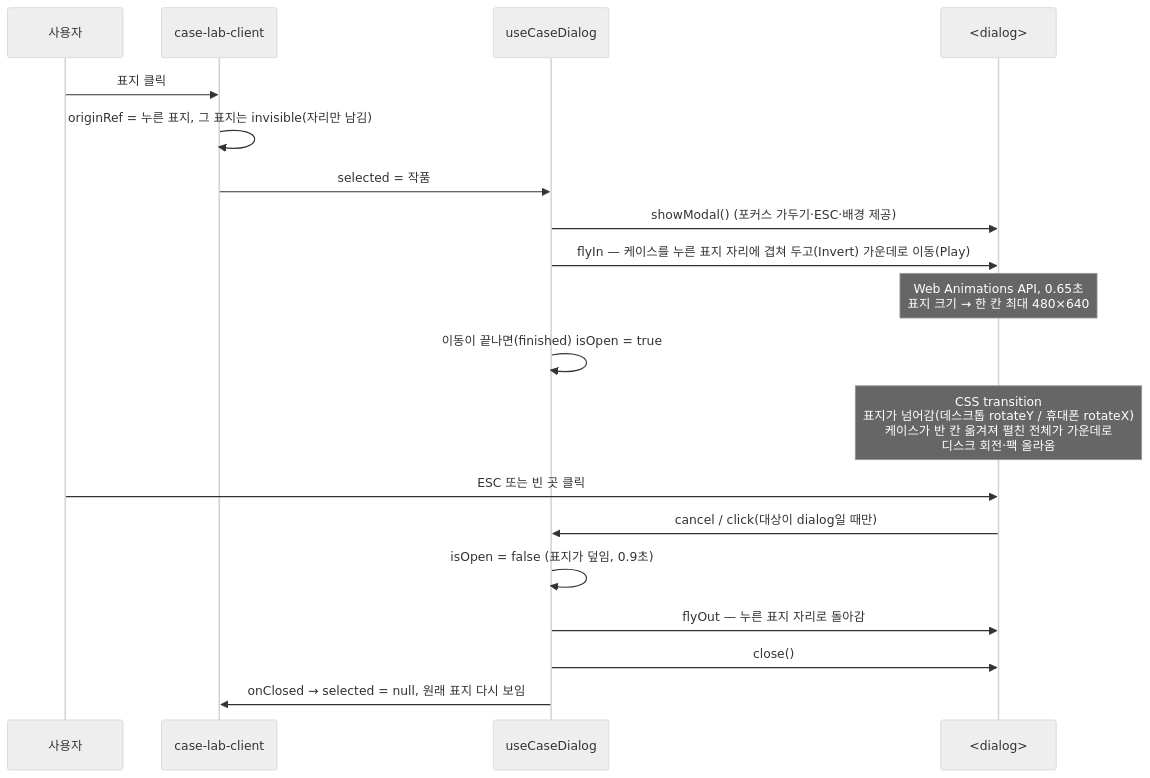
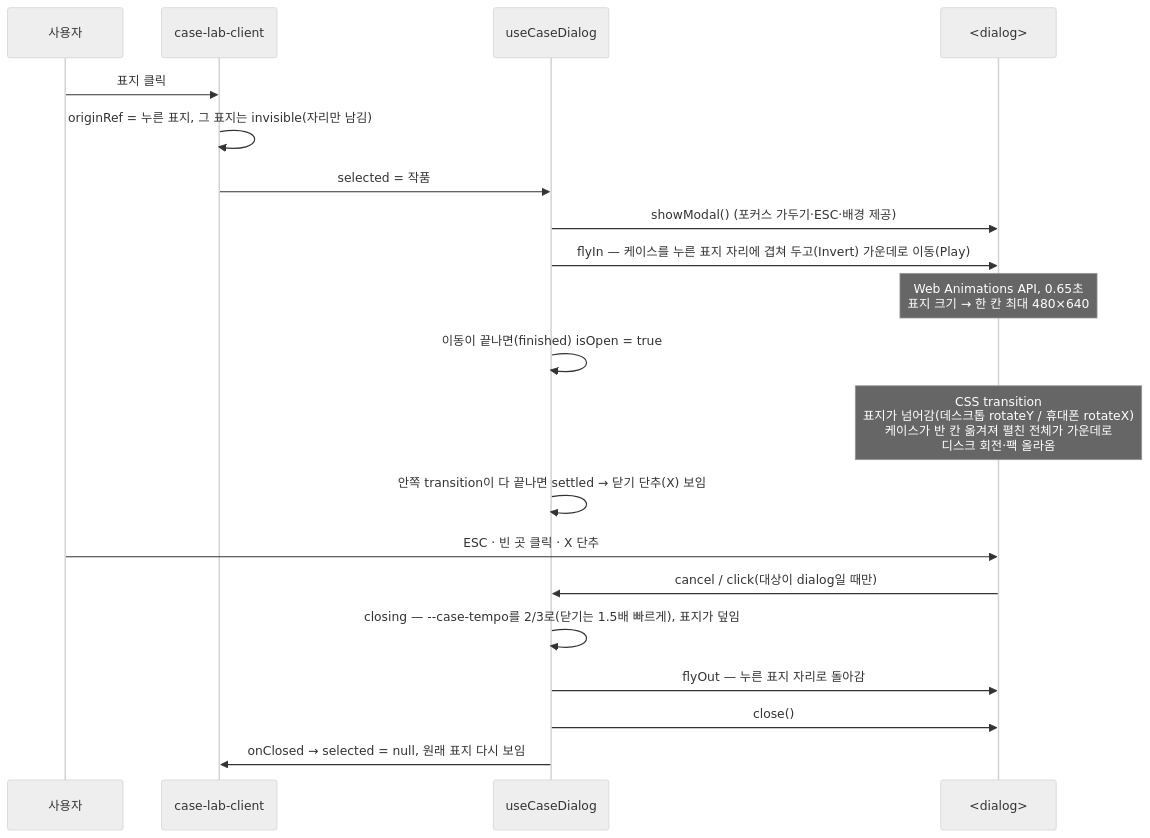
Diagram 12 of 16 in docs/learning/app-flow.md (arqhive/arqhive-web), drawn with Mermaid (neutral theme) before and after one commit. The commit also changed other lines of this file and 7 other files, not shown here.

````diff
--- a/docs/learning/app-flow.md
+++ b/docs/learning/app-flow.md
@@ -233,21 +233,22 @@
 ```mermaid
 sequenceDiagram
   participant U as 사용자
   participant L as case-lab-client
   participant H as useCaseDialog
   participant D as <dialog>
   U->>L: 표지 클릭
   L->>L: originRef = 누른 표지, 그 표지는 invisible(자리만 남김)
   L->>H: selected = 작품
   H->>D: showModal() (포커스 가두기·ESC·배경 제공)
   H->>D: flyIn — 케이스를 누른 표지 자리에 겹쳐 두고(Invert) 가운데로 이동(Play)
   Note over D: Web Animations API, 0.65초<br/>표지 크기 → 한 칸 최대 480×640
   H->>H: 이동이 끝나면(finished) isOpen = true
   Note over D: CSS transition<br/>표지가 넘어감(데스크톱 rotateY / 휴대폰 rotateX)<br/>케이스가 반 칸 옮겨져 펼친 전체가 가운데로<br/>디스크 회전·팩 올라옴
-  U->>D: ESC 또는 빈 곳 클릭
+  H->>H: 안쪽 transition이 다 끝나면 settled → 닫기 단추(X) 보임
+  U->>D: ESC · 빈 곳 클릭 · X 단추
   D->>H: cancel / click(대상이 dialog일 때만)
-  H->>H: isOpen = false (표지가 덮임, 0.9초)
+  H->>H: closing — --case-tempo를 2/3로(닫기는 1.5배 빠르게), 표지가 덮임
   H->>D: flyOut — 누른 표지 자리로 돌아감
   H->>D: close()
   H->>L: onClosed → selected = null, 원래 표지 다시 보임
 ```
````
